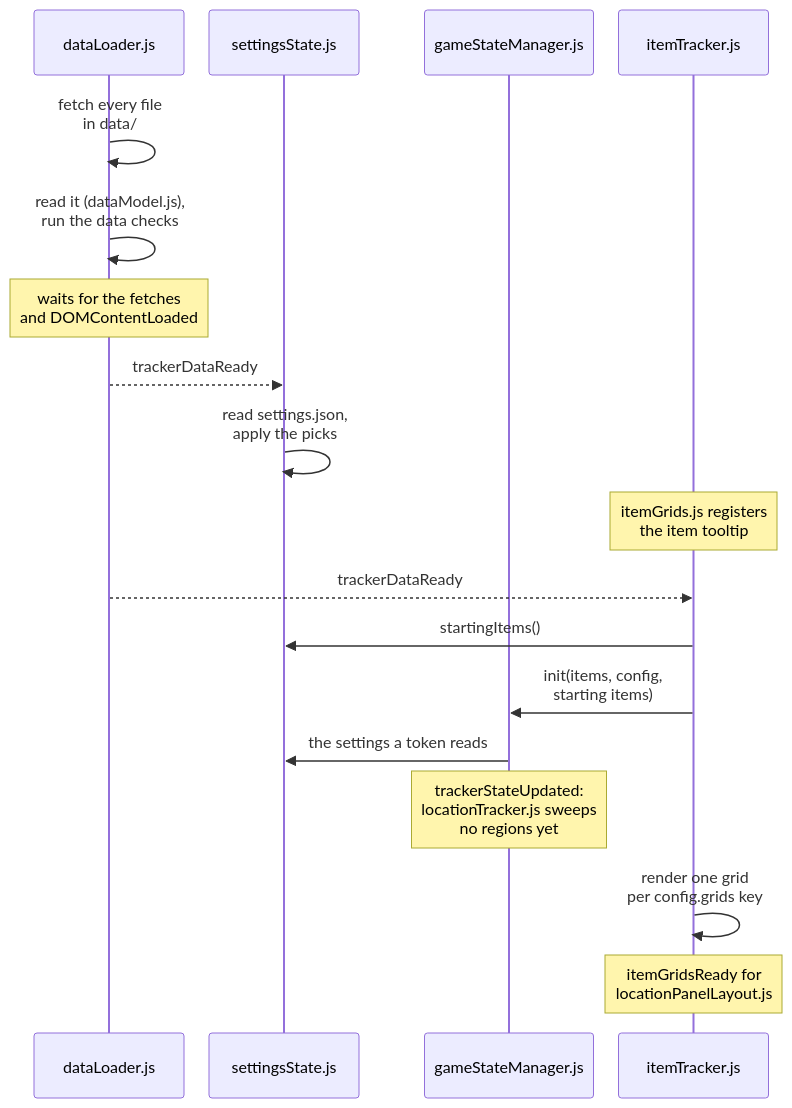
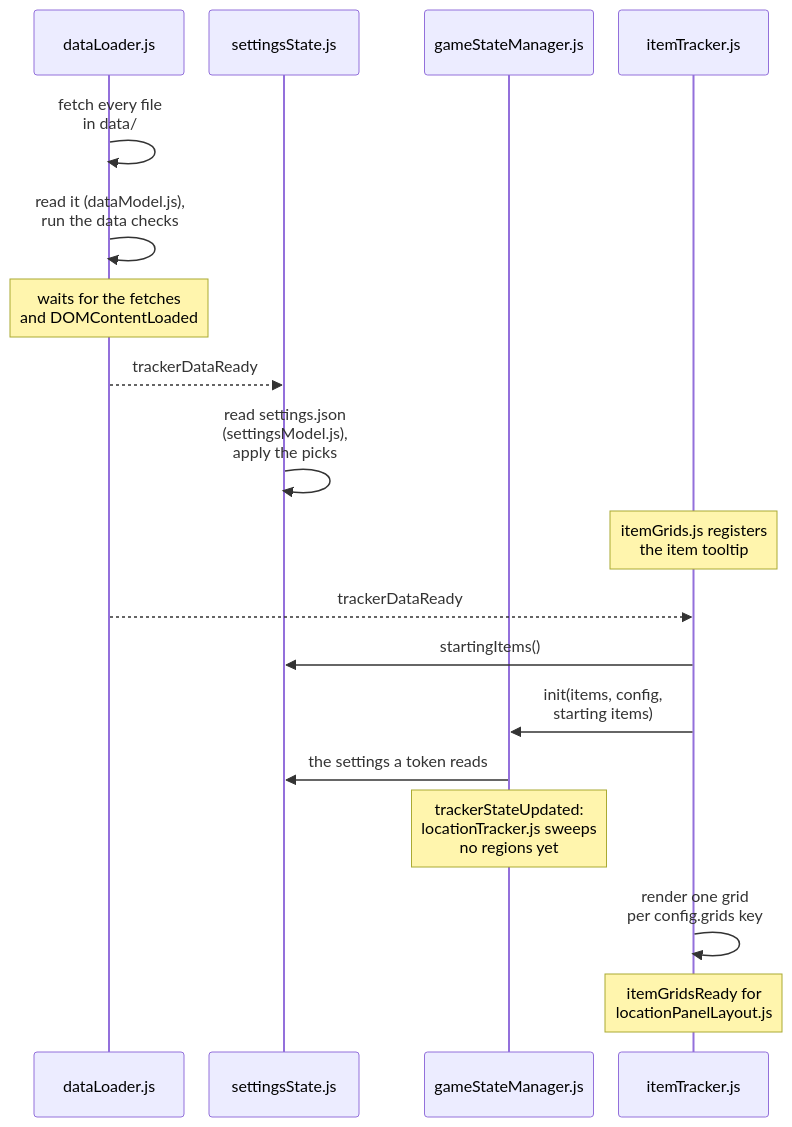
One commit to GonzaloJMora/mm3drTracker changed diagram 16 of 20 in documentation/architecture-diagram.md. Above: the diagram before and after it, drawn with Mermaid. The commit also changed other lines of this file and 12 other files, not shown here.

````diff
--- a/documentation/architecture-diagram.md
+++ b/documentation/architecture-diagram.md
@@ -441,22 +442,22 @@
 ```mermaid
 %%{init: {"sequence": {"actorMargin": 25}}}%%
 sequenceDiagram
     participant DL as dataLoader.js
     participant SS as settingsState.js
     participant GSM as gameStateManager.js
     participant IT as itemTracker.js
 
     DL->>DL: fetch every file<br/>in data/
     DL->>DL: read it (dataModel.js),<br/>run the data checks
     Note over DL: waits for the fetches<br/>and DOMContentLoaded
     DL-->>SS: trackerDataReady
-    SS->>SS: read settings.json,<br/>apply the picks
+    SS->>SS: read settings.json<br/>(settingsModel.js),<br/>apply the picks
     Note over IT: itemGrids.js registers<br/>the item tooltip
     DL-->>IT: trackerDataReady
     IT->>SS: startingItems()
     IT->>GSM: init(items, config,<br/>starting items)
     GSM->>SS: the settings a token reads
     Note over GSM: trackerStateUpdated:<br/>locationTracker.js sweeps<br/>no regions yet
     IT->>IT: render one grid<br/>per config.grids key
     Note over IT: itemGridsReady for<br/>locationPanelLayout.js
 ```
````
